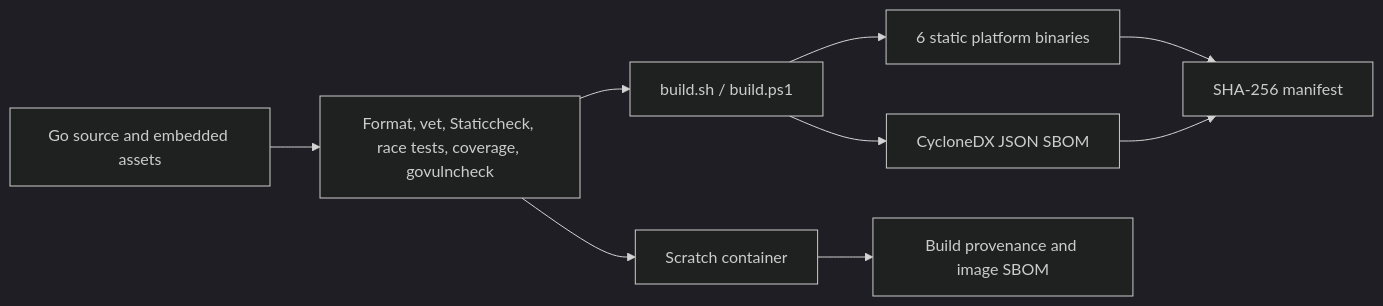
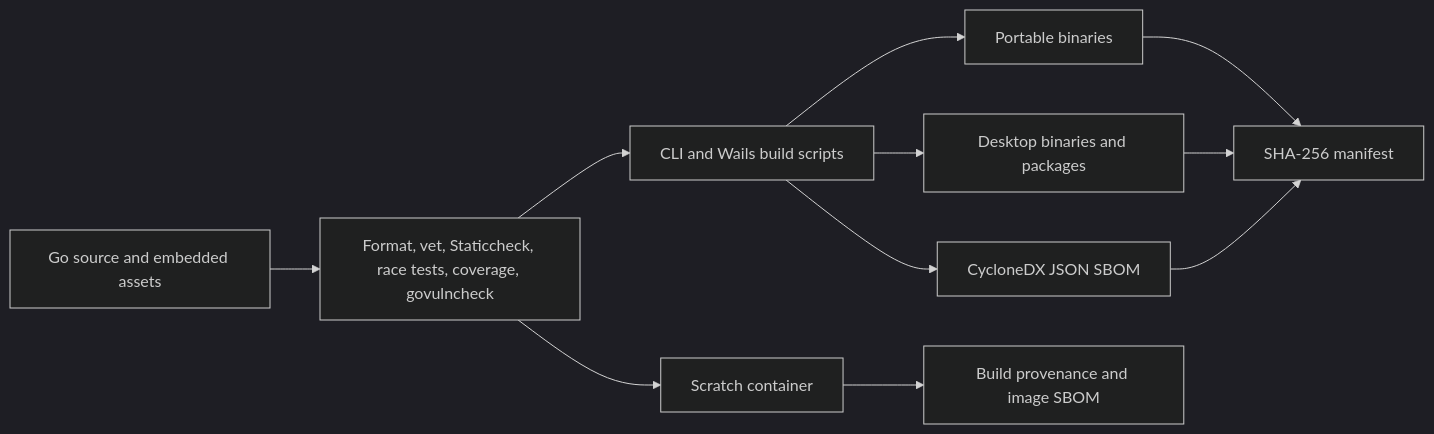
Before and after one commit to platten/qobuz-curator: the third of 3 diagrams in ARCHITECTURE.md, drawn with Mermaid (dark theme). The commit also changed other lines of this file and 36 other files, not shown here.

Commit message:
Add cross-platform Wails desktop application

````diff
--- a/ARCHITECTURE.md
+++ b/ARCHITECTURE.md
@@ -217,11 +230,13 @@
 ```mermaid
 flowchart LR
     Source[Go source and embedded assets] --> Checks[Format, vet, Staticcheck, race tests, coverage, govulncheck]
-    Checks --> Scripts[build.sh / build.ps1]
-    Scripts --> Binaries[6 static platform binaries]
+    Checks --> Scripts[CLI and Wails build scripts]
+    Scripts --> Binaries[Portable binaries]
+    Scripts --> Desktop[Desktop binaries and packages]
     Scripts --> SBOM[CycloneDX JSON SBOM]
     Binaries --> SHA[SHA-256 manifest]
+    Desktop --> SHA
     SBOM --> SHA
     Checks --> Image[Scratch container]
     Image --> Attest[Build provenance and image SBOM]
 ```
````
